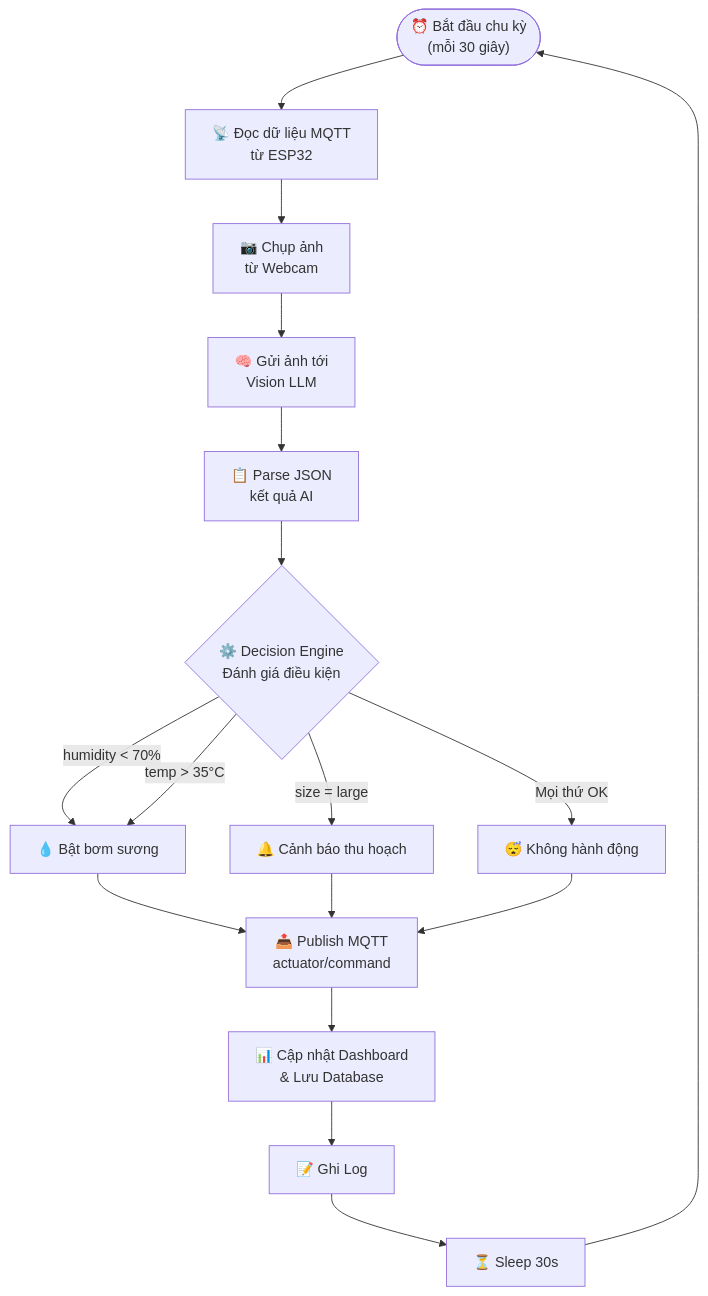
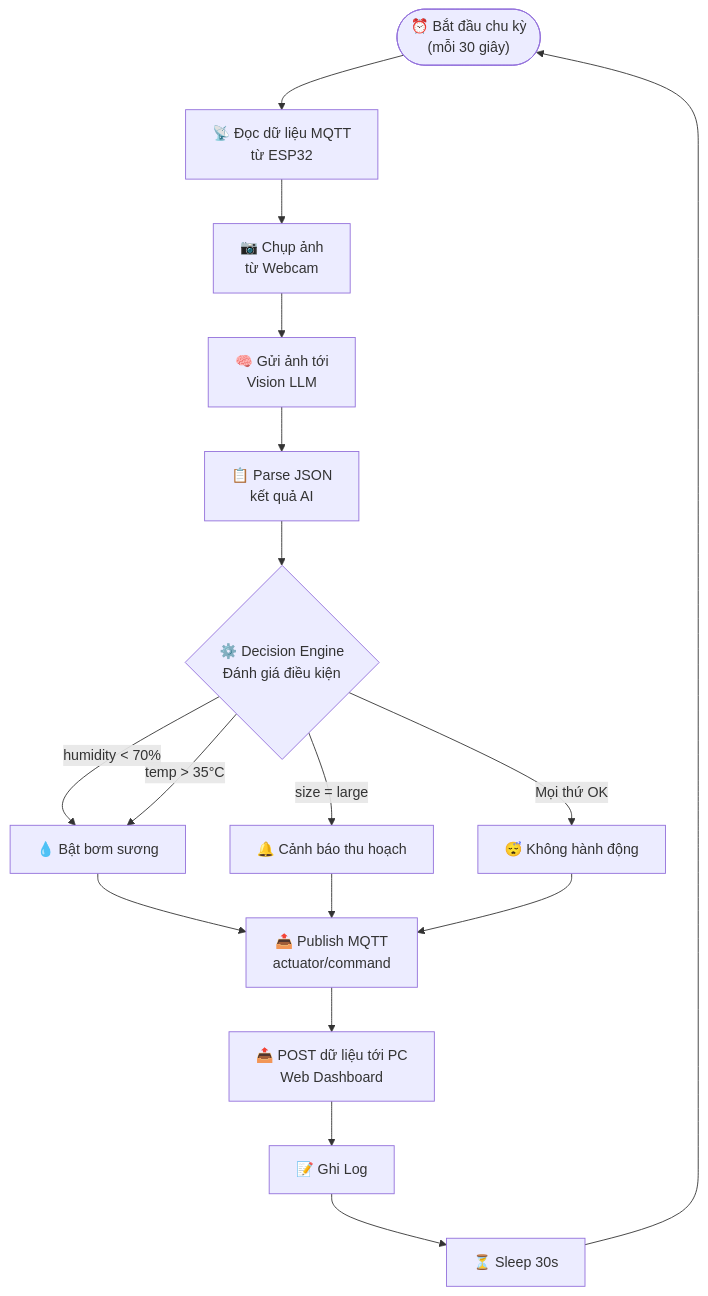
Before and after one commit to giahung25/IoT_project: the fourth of 5 diagrams in 03_mo_ta_du_an.md, drawn with Mermaid. The commit also changed other lines of this file and 18 other files, not shown here.

````diff
--- a/03_mo_ta_du_an.md
+++ b/03_mo_ta_du_an.md
@@ -292,22 +300,22 @@
 ```mermaid
 flowchart TD
     START(["⏰ Bắt đầu chu kỳ<br/>(mỗi 30 giây)"]) --> READ["📡 Đọc dữ liệu MQTT<br/>từ ESP32"]
     READ --> CAPTURE["📷 Chụp ảnh<br/>từ Webcam"]
     CAPTURE --> ANALYZE["🧠 Gửi ảnh tới<br/>Vision LLM"]
     ANALYZE --> PARSE["📋 Parse JSON<br/>kết quả AI"]
     PARSE --> DECISION{"⚙️ Decision Engine<br/>Đánh giá điều kiện"}
 
     DECISION -->|humidity < 70%| PUMP_ON["💧 Bật bơm sương"]
     DECISION -->|temp > 35°C| PUMP_ON
     DECISION -->|size = large| HARVEST["🔔 Cảnh báo thu hoạch"]
     DECISION -->|Mọi thứ OK| IDLE["😴 Không hành động"]
 
     PUMP_ON --> SEND["📤 Publish MQTT<br/>actuator/command"]
     HARVEST --> SEND
     IDLE --> SEND
 
-    SEND --> UPDATE["📊 Cập nhật Dashboard<br/>& Lưu Database"]
+    SEND --> UPDATE["📤 POST dữ liệu tới PC<br/>Web Dashboard"]
     UPDATE --> LOG["📝 Ghi Log"]
     LOG --> WAIT["⏳ Sleep 30s"]
     WAIT --> START
 ```
````
